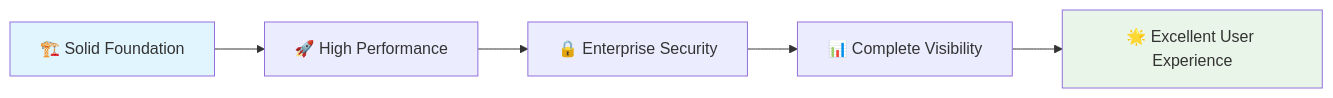
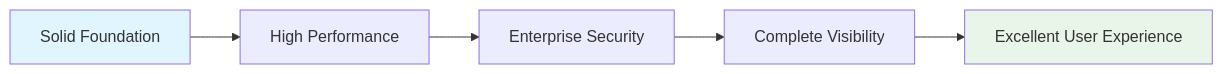
One commit to gsinghjay/mvp_qr_gen changed diagram 18 of 18 in NETWORK_INFRASTRUCTURE.md. Above: the diagram before and after it, drawn with Mermaid. The commit also changed other lines of this file, not shown here.

````diff
--- a/NETWORK_INFRASTRUCTURE.md
+++ b/NETWORK_INFRASTRUCTURE.md
@@ -839,10 +835,10 @@
 ```mermaid
 graph LR
-    A[🏗️ Solid Foundation] --> B[🚀 High Performance]
-    B --> C[🔒 Enterprise Security]
-    C --> D[📊 Complete Visibility]
-    D --> E[🌟 Excellent User Experience]
+    A[Solid Foundation] --> B[High Performance]
+    B --> C[Enterprise Security]
+    C --> D[Complete Visibility]
+    D --> E[Excellent User Experience]
     
     style A fill:#e1f5fe
     style E fill:#e8f5e8
 ```
````
